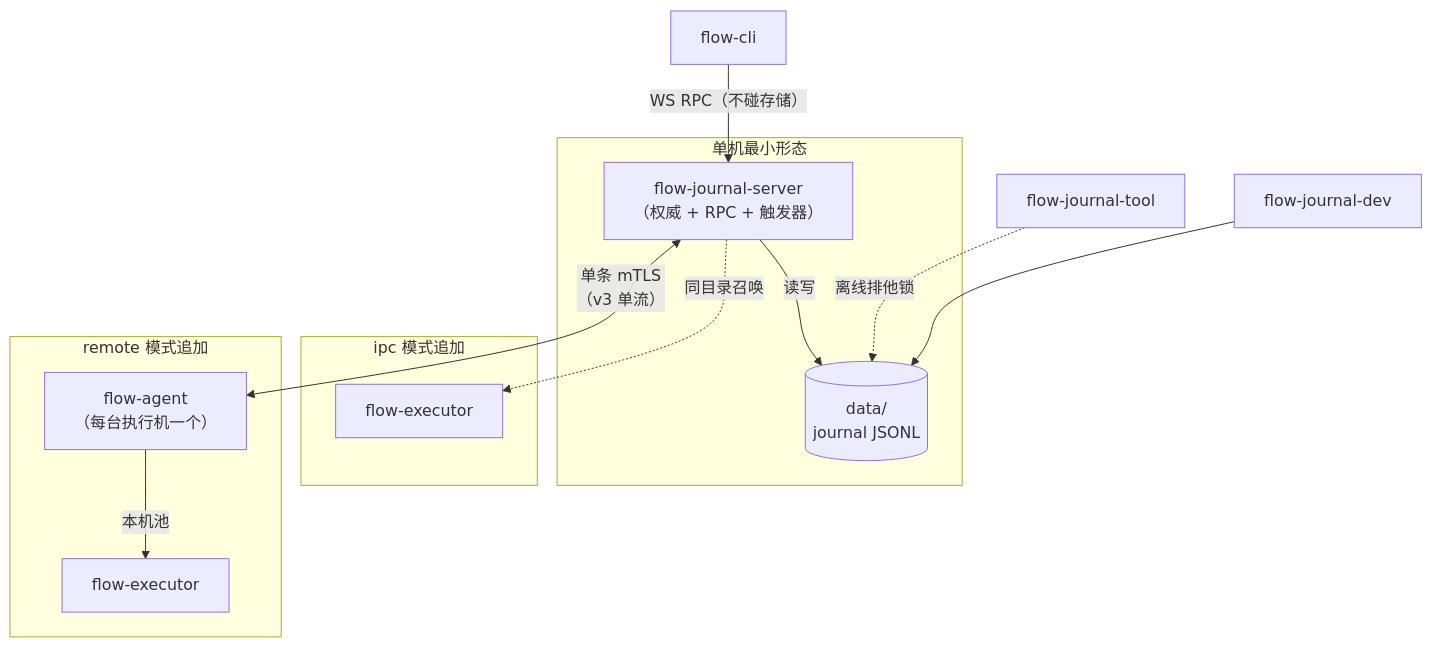
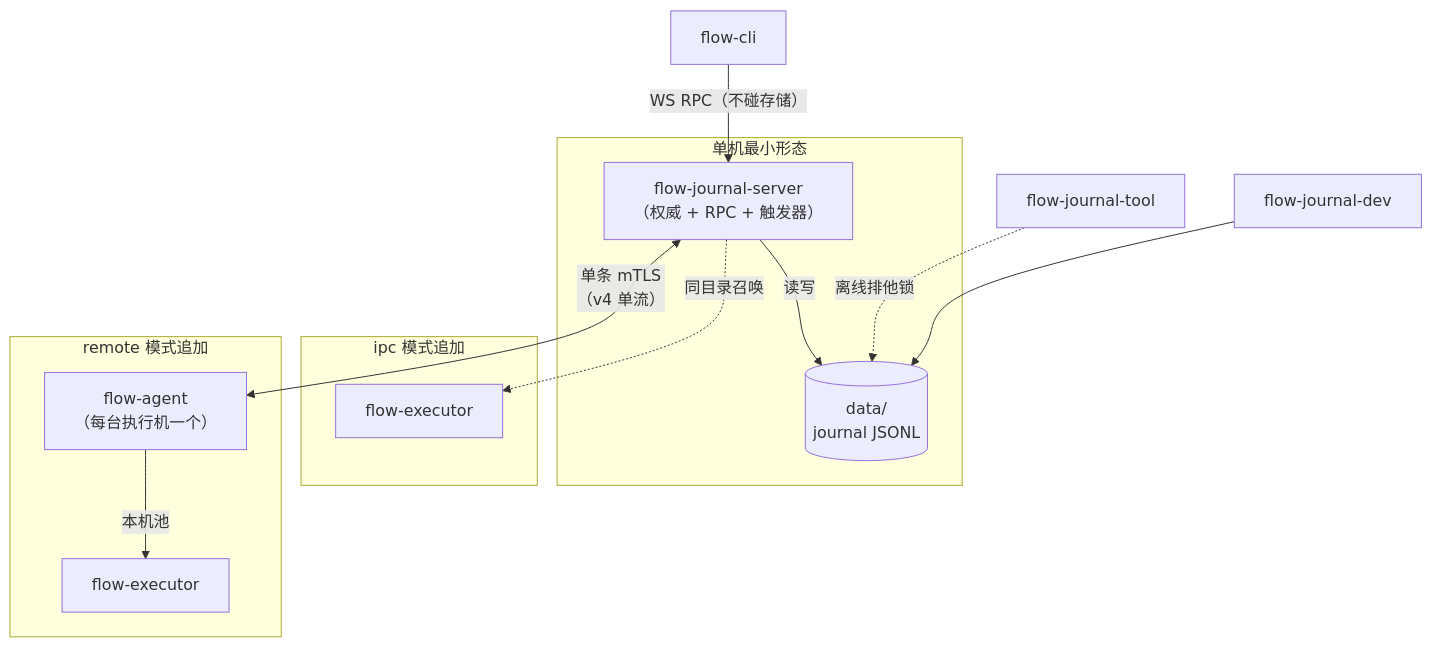
One commit to yeheng/flow changed the diagram in docs/OPS.md. Above: the diagram before and after it, drawn with Mermaid. The commit also changed other lines of this file and 27 other files, not shown here.

````diff
--- a/docs/OPS.md
+++ b/docs/OPS.md
@@ -40,24 +40,24 @@
 ```mermaid
 graph TB
   subgraph 单机最小形态
     S["flow-journal-server<br/>（权威 + RPC + 触发器）"]
     D[("data/<br/>journal JSONL")]
     S -->|读写| D
   end
 
   subgraph ipc 模式追加
     E1["flow-executor"]
     S -.同目录召唤.-> E1
   end
 
   subgraph remote 模式追加
     A["flow-agent<br/>（每台执行机一个）"]
     E2["flow-executor"]
-    S <-->|"单条 mTLS<br/>（v3 单流）"| A
+    S <-->|"单条 mTLS<br/>（v4 单流）"| A
     A -->|本机池| E2
   end
 
   C["flow-cli"] -->|"WS RPC（不碰存储）"| S
   T["flow-journal-tool"] -.离线排他锁.-> D
   DEV["flow-journal-dev"] --> D
 ```
````
